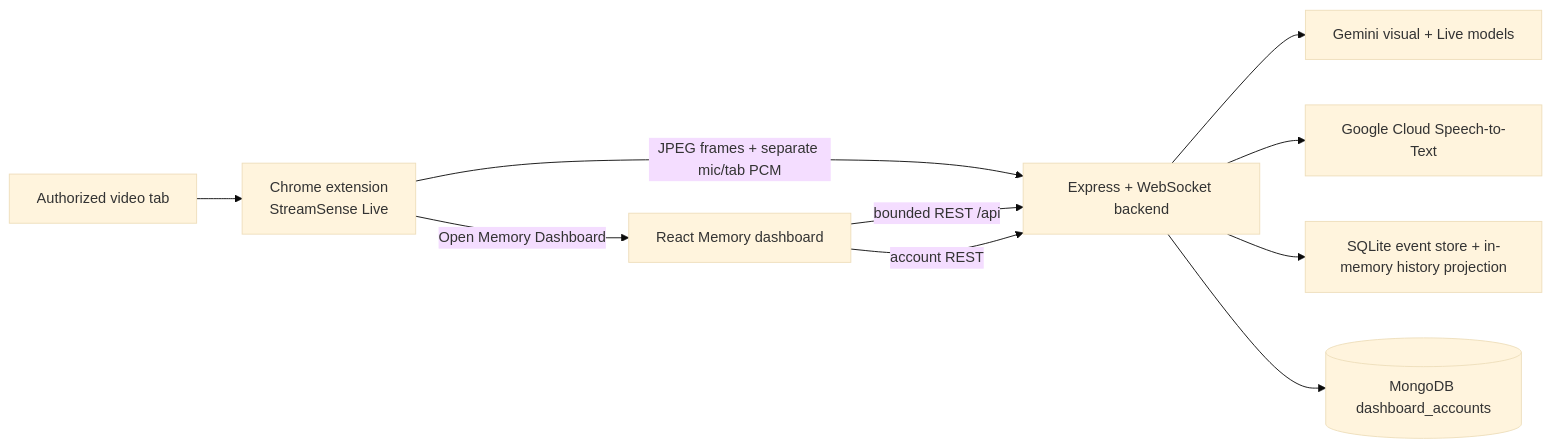
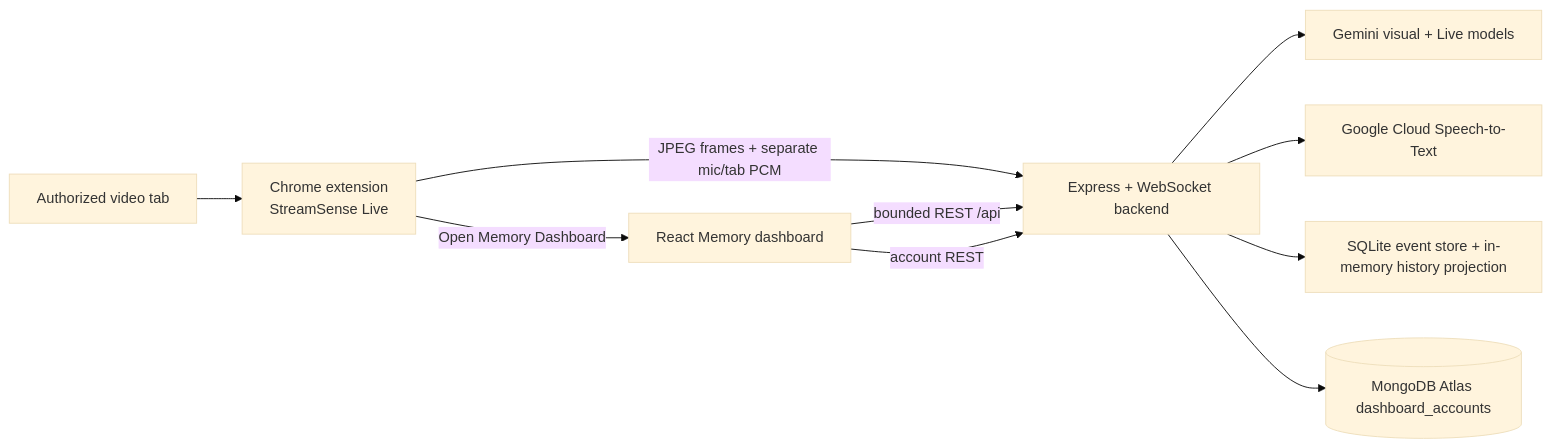
One commit to ZSYUYIIE/garena-ai-build-challenge-2026 changed the diagram in docs/architecture.md. Above: the diagram before and after it, drawn with Mermaid (base theme). The commit also changed other lines of this file and 37 other files, not shown here.

````diff
--- a/docs/architecture.md
+++ b/docs/architecture.md
@@ -18,12 +18,12 @@
 ```mermaid
 flowchart LR
     Video["Authorized video tab"] --> Extension["Chrome extension\nStreamSense Live"]
     Extension -->|"JPEG frames + separate mic/tab PCM"| Backend["Express + WebSocket backend"]
     Backend --> Gemini["Gemini visual + Live models"]
     Backend --> STT["Google Cloud Speech-to-Text"]
     Backend --> Events["SQLite event store + in-memory history projection"]
     Extension -->|"Open Memory Dashboard"| Dashboard["React Memory dashboard"]
     Dashboard -->|"bounded REST /api"| Backend
     Dashboard -->|"account REST"| Backend
-    Backend --> Mongo[("MongoDB dashboard_accounts")]
+    Backend --> Mongo[("MongoDB Atlas dashboard_accounts")]
 ```
````
